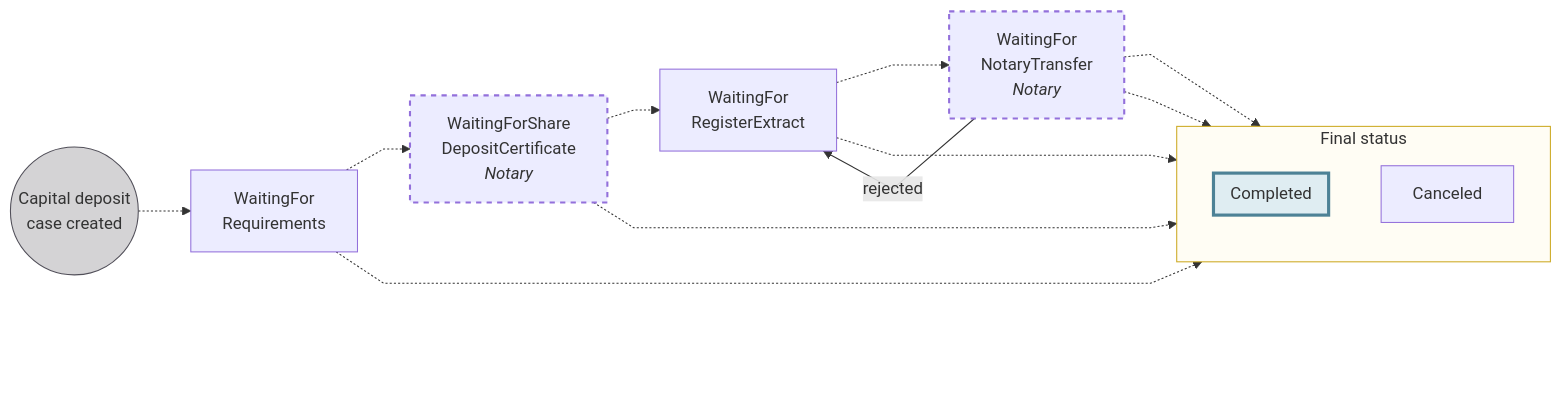
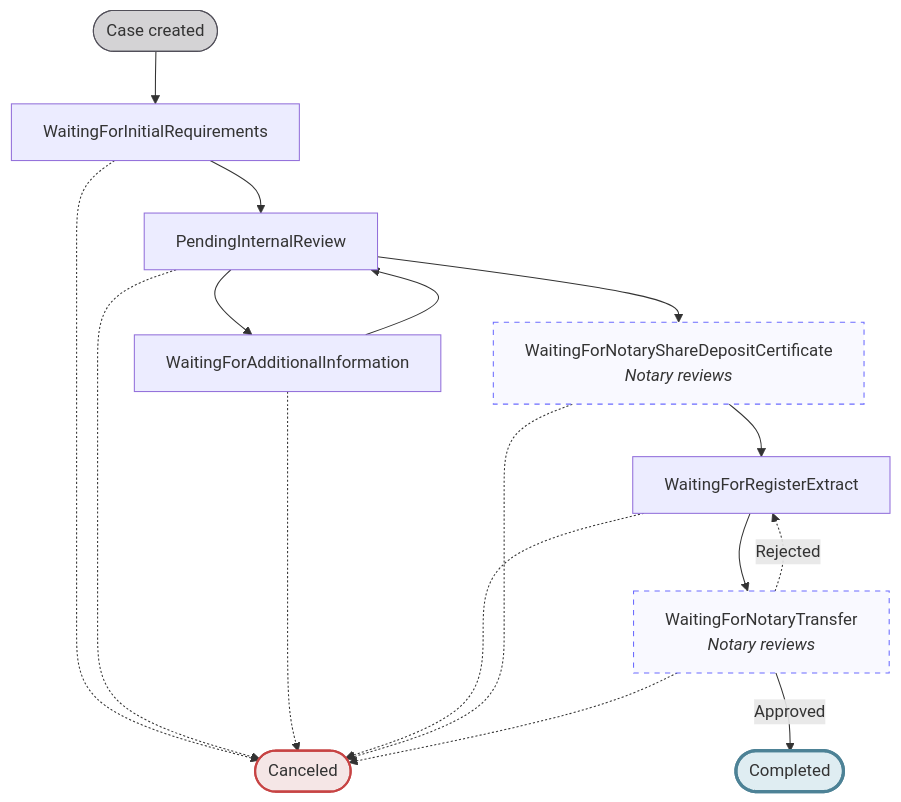
Before and after one commit to swan-io/docs: the first of 4 diagrams in docs/topics/capital-deposits/index.mdx, drawn with Mermaid. The commit also changed other lines of this file and 3 other files, not shown here.

First line of the commit message:
Doc 1373/update the capital deposit case status description (#456)

````diff
--- a/docs/topics/capital-deposits/index.mdx
+++ b/docs/topics/capital-deposits/index.mdx
@@ -38,32 +38,27 @@
 ```mermaid
-%%{ init: { 'flowchart': { 'curve': 'linear' } } }%%
-flowchart LR
-    DC((Capital deposit<br/>case created)) -.-> WR[WaitingFor<br/>Requirements]
-    WR -.-> WS[WaitingForShare<br/>DepositCertificate<br/><em>Notary</em>]
-    WS -.-> WRE[WaitingFor<br/>RegisterExtract]
-    WRE -.-> WNT[WaitingFor<br/>NotaryTransfer<br/><em>Notary</em>]
-    WNT -.-> CA[Canceled]
+%%{ init: { 'flowchart': { 'curve': 'basis' } } }%%
+flowchart TD
+    DC([Case created]) --> WIR[WaitingForInitialRequirements]
+    WIR --> PIR[PendingInternalReview]
+    PIR --> WFAI[WaitingForAdditionalInformation]
+    PIR --> WNSC[WaitingForNotaryShareDepositCertificate<br/><em>Notary reviews</em>]
+    WFAI --> PIR
+    
+    WNSC --> WRE[WaitingForRegisterExtract]
+    WRE --> WNT[WaitingForNotaryTransfer<br/><em>Notary reviews</em>]
+    WNT -->|Approved| CO([Completed])
+    WNT -.->|Rejected| WRE
+    
+    WIR -.-> CA([Canceled])
+    PIR -.-> CA
+    WFAI -.-> CA
     WRE -.-> CA
-    WS -.-> CA
-    WR -.-> CA
-    WNT -.-> CO[Completed]
+    WNSC -.-> CA
+    WNT -.-> CA
 
-    %% Backward transitions
-    WNT -->|rejected| WRE
-
-    subgraph F[Final status]
-        direction TB
-        CA
-        style V fill:#fff,stroke:#fff,stroke-width:0px,color:#fff
-        CO
-    end
-
-    subgraph CO[Completed]
-    end
-    
     style DC fill:#D4D3D5,stroke:#514F59
-    style F fill:#fffdf4,stroke:#cca922
-    style WS stroke-width:2px, stroke-dasharray: 5 5
-    style WNT stroke-width:2px, stroke-dasharray: 5 5
     style CO fill:#dfedf2,stroke:#4d8296,stroke-width:3px
+    style CA fill:#f5e6e6,stroke:#c74444,stroke-width:2px
+    style WNSC fill:#f9f9ff,stroke:#6b6bff,stroke-dasharray: 5 5
+    style WNT fill:#f9f9ff,stroke:#6b6bff,stroke-dasharray: 5 5
 ```
````
